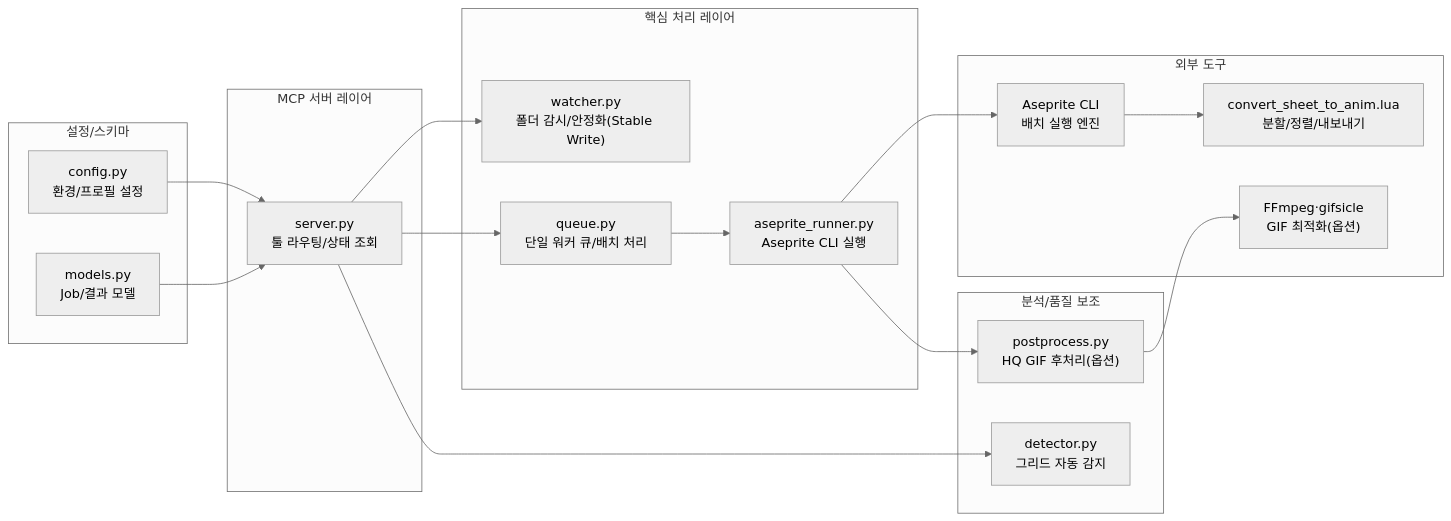
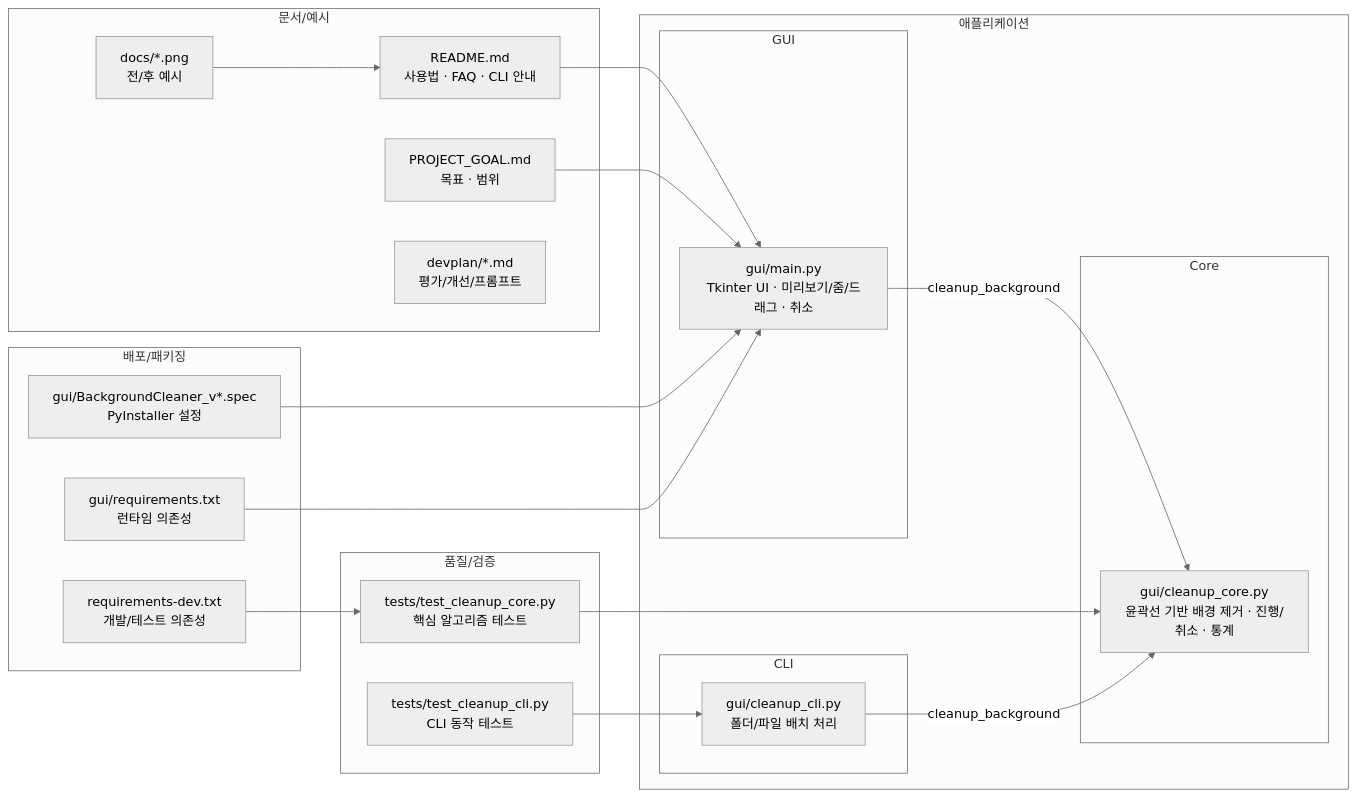
Before and after one commit to Stankjedi/I2g: the diagram in devplan/Project_Evaluation_Report.md, drawn with Mermaid (neutral theme). The commit also changed other lines of this file and 56 other files, not shown here.

Commit message:
feat: Add initial GUI application with image cleanup features, new tests, project planning documents, and CI/CD, while updating project dependencies.

````diff
--- a/devplan/Project_Evaluation_Report.md
+++ b/devplan/Project_Evaluation_Report.md
@@ -29,39 +28,44 @@
 ```mermaid
 flowchart LR
-  subgraph MCP["MCP 서버 레이어"]
-    S["server.py<br/>툴 라우팅/상태 조회"]
+  subgraph App["애플리케이션"]
+    subgraph UI["GUI"]
+      MAIN["gui/main.py<br/>Tkinter UI · 미리보기/줌/드래그 · 취소"]
+    end
+    subgraph CLI["CLI"]
+      CLIAPP["gui/cleanup_cli.py<br/>폴더/파일 배치 처리"]
+    end
+    subgraph Core["Core"]
+      CORE["gui/cleanup_core.py<br/>윤곽선 기반 배경 제거 · 진행/취소 · 통계"]
+    end
+
+    MAIN -->|cleanup_background| CORE
+    CLIAPP -->|cleanup_background| CORE
   end
 
-  subgraph Core["핵심 처리 레이어"]
-    W["watcher.py<br/>폴더 감시/안정화(Stable Write)"]
-    Q["queue.py<br/>단일 워커 큐/배치 처리"]
-    R["aseprite_runner.py<br/>Aseprite CLI 실행"]
+  subgraph Quality["품질/검증"]
+    TCORE["tests/test_cleanup_core.py<br/>핵심 알고리즘 테스트"]
+    TCLI["tests/test_cleanup_cli.py<br/>CLI 동작 테스트"]
   end
 
-  subgraph Analysis["분석/품질 보조"]
-    D["detector.py<br/>그리드 자동 감지"]
-    P["postprocess.py<br/>HQ GIF 후처리(옵션)"]
+  subgraph Packaging["배포/패키징"]
+    SPEC["gui/BackgroundCleaner_v*.spec<br/>PyInstaller 설정"]
+    REQ["gui/requirements.txt<br/>런타임 의존성"]
+    DEVREQ["requirements-dev.txt<br/>개발/테스트 의존성"]
   end
 
-  subgraph Config["설정/스키마"]
-    C["config.py<br/>환경/프로필 설정"]
-    M["models.py<br/>Job/결과 모델"]
+  subgraph Docs["문서/예시"]
+    README["README.md<br/>사용법 · FAQ · CLI 안내"]
+    GOAL["PROJECT_GOAL.md<br/>목표 · 범위"]
+    EX["docs/*.png<br/>전/후 예시"]
+    PLAN["devplan/*.md<br/>평가/개선/프롬프트"]
   end
 
-  subgraph External["외부 도구"]
-    A["Aseprite CLI<br/>배치 실행 엔진"]
-    L["convert_sheet_to_anim.lua<br/>분할/정렬/내보내기"]
-    F["FFmpeg·gifsicle<br/>GIF 최적화(옵션)"]
-  end
-
-  S --> W
-  S --> Q
-  S --> D
-  Q --> R
-  R --> A
-  A --> L
-  R --> P
-  P --> F
-  C --> S
-  M --> S
+  TCORE --> CORE
+  TCLI --> CLIAPP
+  SPEC --> MAIN
+  REQ --> MAIN
+  DEVREQ --> TCORE
+  README --> MAIN
+  GOAL --> MAIN
+  EX --> README
 ```
````
